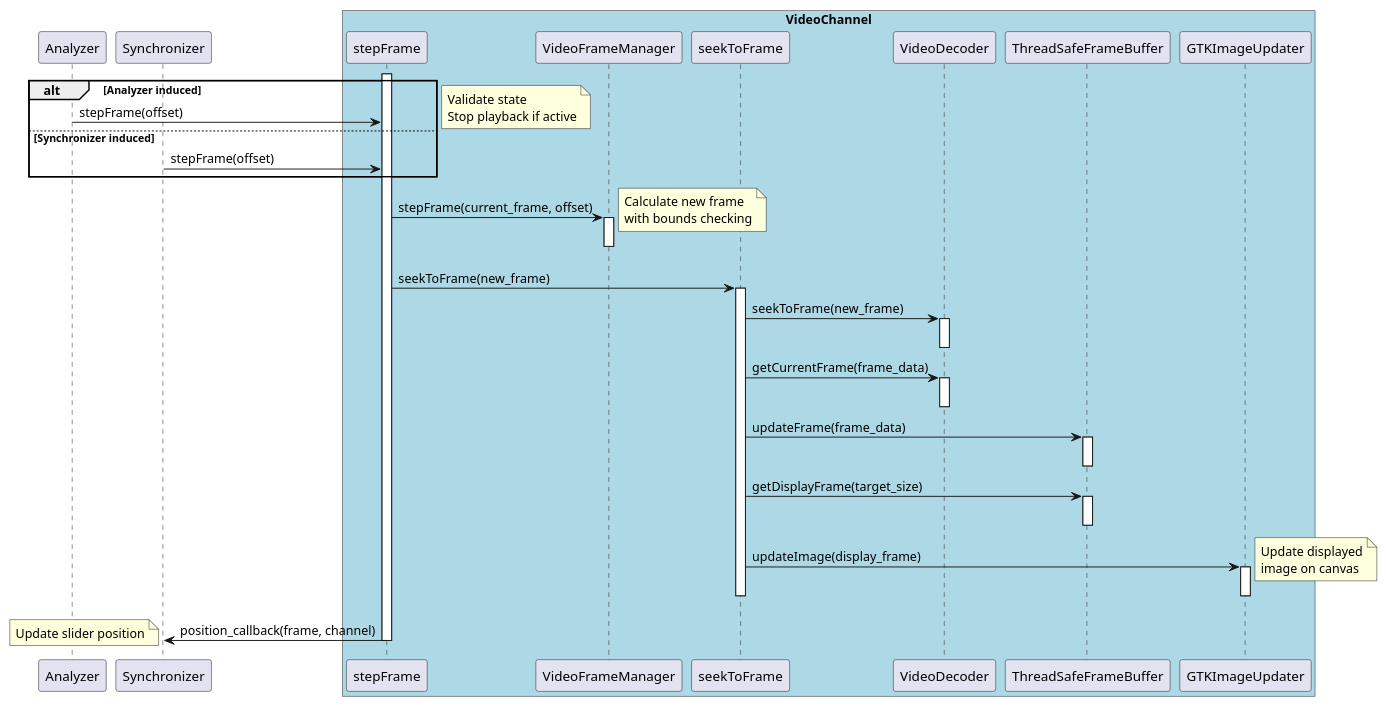
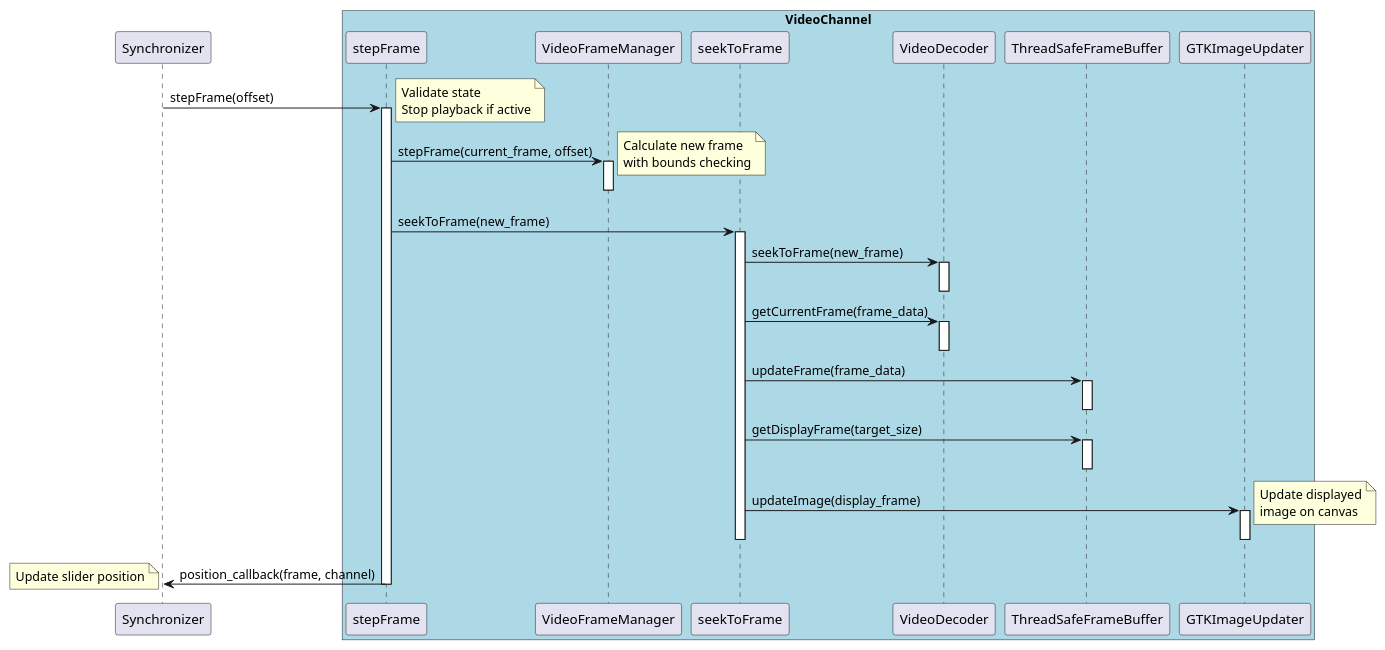
Before and after one commit to timwalsh41/SwingAnalyzer: the third of 3 diagrams in design/Video channel frame update.md, drawn with PlantUML. The commit also changed other lines of this file and 3 other files, not shown here.

````diff
--- a/design/Video channel frame update.md
+++ b/design/Video channel frame update.md
@@ -118,53 +115,48 @@
 ```plantuml
 
 @startuml 
 
-participant Analyzer
 participant Synchronizer
 
 box "VideoChannel" #LightBlue
 participant stepFrame
 participant VideoFrameManager
 participant seekToFrame
 participant VideoDecoder
 participant ThreadSafeFrameBuffer
 participant GTKImageUpdater
 end box
 
-alt Analyzer induced
-    Analyzer -> stepFrame : stepFrame(offset)
-else Synchronizer induced
-    Synchronizer -> stepFrame : stepFrame(offset)
-end
+Synchronizer -> stepFrame : stepFrame(offset)
 activate stepFrame
 note right: Validate state\nStop playback if active
 stepFrame -> VideoFrameManager : stepFrame(current_frame, offset)
 activate VideoFrameManager
 note right: Calculate new frame\nwith bounds checking
 deactivate VideoFrameManager
 stepFrame -> seekToFrame : seekToFrame(new_frame)
 activate seekToFrame
 seekToFrame -> VideoDecoder : seekToFrame(new_frame)
 activate VideoDecoder
 deactivate VideoDecoder
 seekToFrame -> VideoDecoder : getCurrentFrame(frame_data)
 activate VideoDecoder
 deactivate VideoDecoder
 seekToFrame -> ThreadSafeFrameBuffer : updateFrame(frame_data)
 activate ThreadSafeFrameBuffer
 deactivate ThreadSafeFrameBuffer
 seekToFrame -> ThreadSafeFrameBuffer : getDisplayFrame(target_size)
 activate ThreadSafeFrameBuffer
 deactivate ThreadSafeFrameBuffer
 seekToFrame -> GTKImageUpdater : updateImage(display_frame)
 activate GTKImageUpdater
 note right: Update displayed\nimage on canvas
 deactivate GTKImageUpdater
 deactivate seekToFrame
 stepFrame -> Synchronizer: position_callback(frame, channel)
 note left: Update slider position
 deactivate stepFrame
 
 @enduml
 
 ```
````
